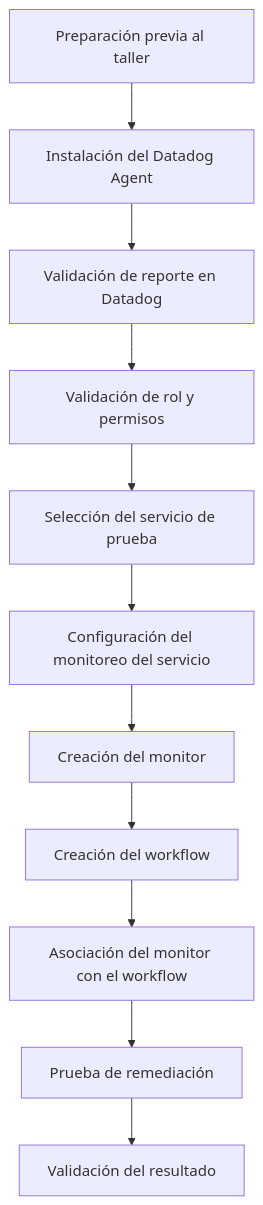
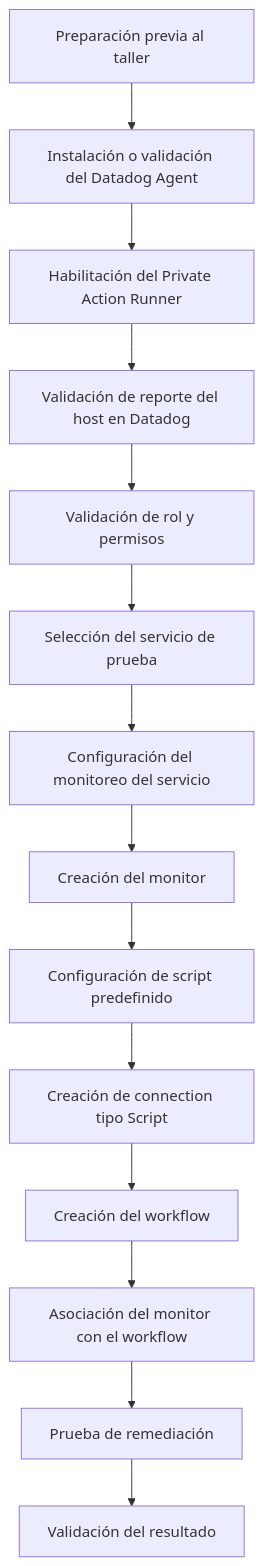
Before and after one commit to ocantoran/taller-workflow: the diagram in README.md, drawn with Mermaid. The commit also changed other lines of this file, not shown here.

````diff
--- a/README.md
+++ b/README.md
@@ -77,13 +113,16 @@
 ```mermaid
 flowchart TD
-    A[Preparación previa al taller] --> B[Instalación del Datadog Agent]
-    B --> C[Validación de reporte en Datadog]
-    C --> D[Validación de rol y permisos]
-    D --> E[Selección del servicio de prueba]
-    E --> F[Configuración del monitoreo del servicio]
-    F --> G[Creación del monitor]
-    G --> H[Creación del workflow]
-    H --> I[Asociación del monitor con el workflow]
-    I --> J[Prueba de remediación]
-    J --> K[Validación del resultado]
+    A[Preparación previa al taller] --> B[Instalación o validación del Datadog Agent]
+    B --> C[Habilitación del Private Action Runner]
+    C --> D[Validación de reporte del host en Datadog]
+    D --> E[Validación de rol y permisos]
+    E --> F[Selección del servicio de prueba]
+    F --> G[Configuración del monitoreo del servicio]
+    G --> H[Creación del monitor]
+    H --> I[Configuración de script predefinido]
+    I --> J[Creación de connection tipo Script]
+    J --> K[Creación del workflow]
+    K --> L[Asociación del monitor con el workflow]
+    L --> M[Prueba de remediación]
+    M --> N[Validación del resultado]
 ```
````
